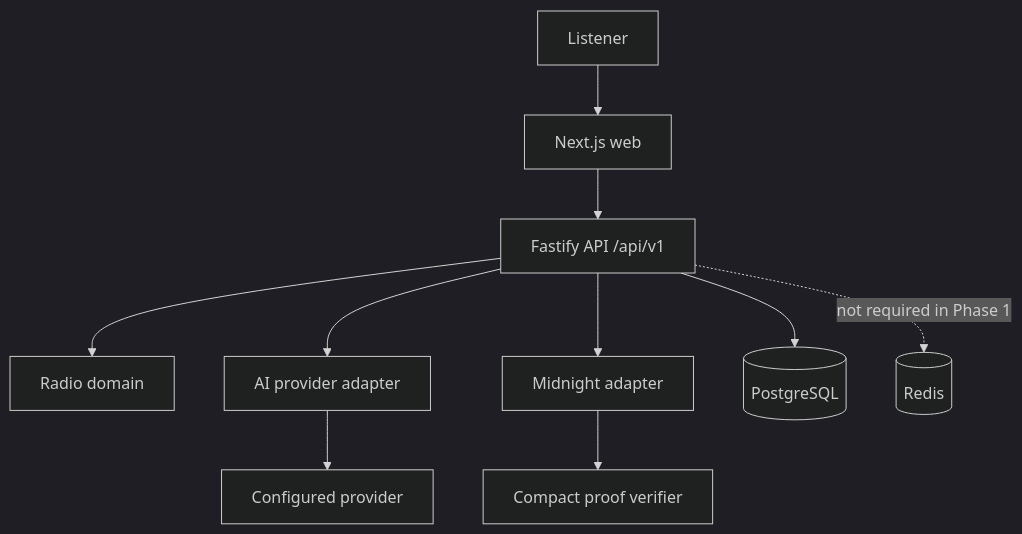
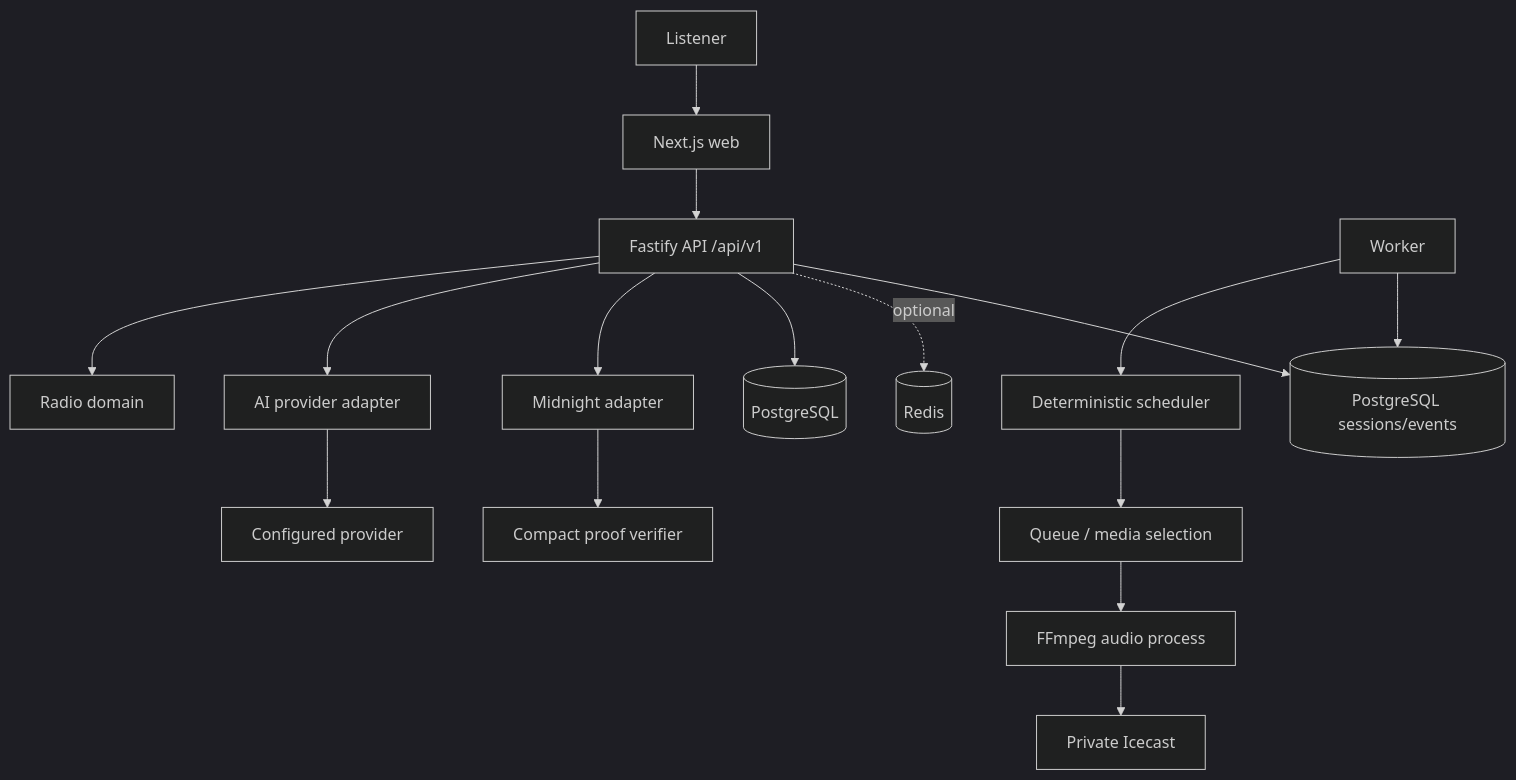
Before and after one commit to Blocktek-Radio/Blocktek-midnight: the diagram in README.md, drawn with Mermaid (dark theme). The commit also changed other lines of this file and 32 other files, not shown here.

Commit message:
Complete Phase 1B broadcast infrastructure

````diff
--- a/README.md
+++ b/README.md
@@ -36,12 +38,18 @@
 ```mermaid
 flowchart TD
     Listener --> Web[Next.js web]
     Web --> API[Fastify API /api/v1]
     API --> Radio[Radio domain]
     API --> AI[AI provider adapter]
     API --> Midnight[Midnight adapter]
     API --> DB[(PostgreSQL)]
-    API -. not required in Phase 1 .-> Redis[(Redis)]
+    API -. optional .-> Redis[(Redis)]
+    Worker --> Scheduler[Deterministic scheduler]
+    Scheduler --> Queue[Queue / media selection]
+    Queue --> FFmpeg[FFmpeg audio process]
+    FFmpeg --> Icecast[Private Icecast]
+    Worker --> Broadcast[(PostgreSQL sessions/events)]
+    API --> Broadcast
     AI --> Provider[Configured provider]
     Midnight --> Proof[Compact proof verifier]
 ```
````
